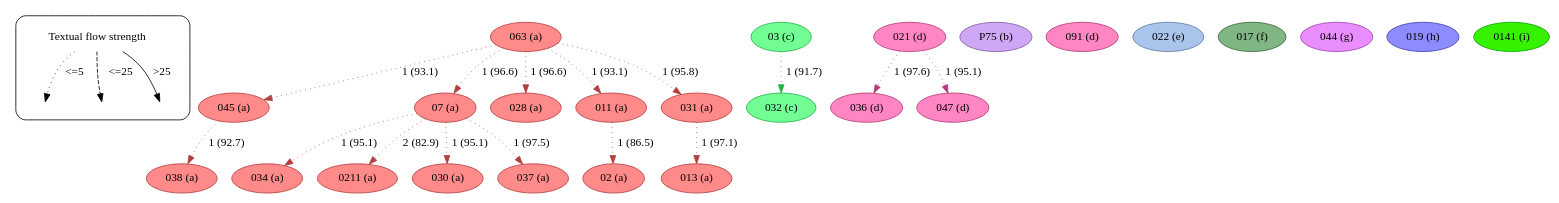
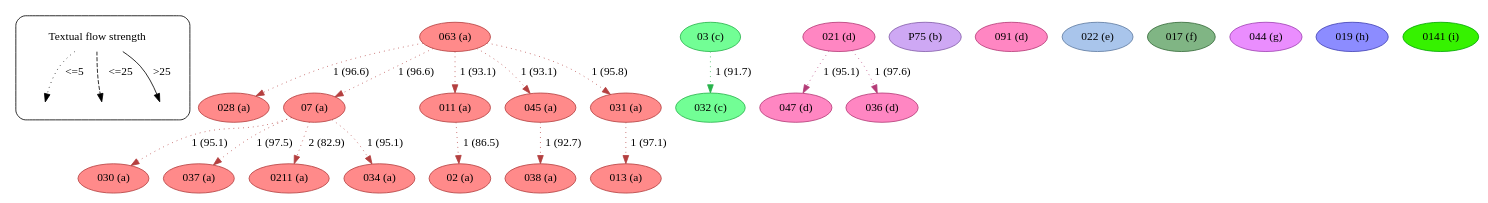
One commit to edmondac/CBGM changed the diagram in example/c2/textual_flow_23_4-10_c2.dot. Above: the diagram before and after it, drawn with Graphviz. The commit also changed other lines of this file and 164 other files, not shown here.

```diff
--- a/example/c2/textual_flow_23_4-10_c2.dot
+++ b/example/c2/textual_flow_23_4-10_c2.dot
@@ -1,171 +1,171 @@
 strict digraph  {
 	node [label="\N"];
 	subgraph cluster_legend {
 		graph [style=rounded];
 		leg_s		 [label="Textual flow strength",
 			shape=plaintext];
 		leg_e1		 [fixedsize=True,
 			height=0.2,
 			label="",
 			style=invis];
 		leg_s -> leg_e1		 [label="<=5  ",
 			style=dotted];
 		leg_e2		 [fixedsize=True,
 			height=0.2,
 			label="",
 			style=invis];
 		leg_s -> leg_e2		 [label="  <=25",
 			style=dashed];
 		leg_e3		 [fixedsize=True,
 			height=0.2,
 			label="",
 			style=invis];
 		leg_s -> leg_e3		 [label=">25",
 			style=solid];
 	}
 	063	 [color="#b43f3f",
 		fillcolor="#FF8A8A",
 		label="063 (a)",
 		style=filled];
-	045	 [color="#b43f3f",
+	028	 [color="#b43f3f",
 		fillcolor="#FF8A8A",
-		label="045 (a)",
+		label="028 (a)",
 		style=filled];
-	063 -> 045	 [color="#b43f3f",
-		label="1 (93.1)",
+	063 -> 028	 [color="#b43f3f",
+		label="1 (96.6)",
 		style=dotted];
 	07	 [color="#b43f3f",
 		fillcolor="#FF8A8A",
 		label="07 (a)",
 		style=filled];
 	063 -> 07	 [color="#b43f3f",
-		label="1 (96.6)",
-		style=dotted];
-	028	 [color="#b43f3f",
-		fillcolor="#FF8A8A",
-		label="028 (a)",
-		style=filled];
-	063 -> 028	 [color="#b43f3f",
 		label="1 (96.6)",
 		style=dotted];
 	011	 [color="#b43f3f",
 		fillcolor="#FF8A8A",
 		label="011 (a)",
 		style=filled];
 	063 -> 011	 [color="#b43f3f",
 		label="1 (93.1)",
 		style=dotted];
+	045	 [color="#b43f3f",
+		fillcolor="#FF8A8A",
+		label="045 (a)",
+		style=filled];
+	063 -> 045	 [color="#b43f3f",
+		label="1 (93.1)",
+		style=dotted];
 	031	 [color="#b43f3f",
 		fillcolor="#FF8A8A",
 		label="031 (a)",
 		style=filled];
 	063 -> 031	 [color="#b43f3f",
 		label="1 (95.8)",
-		style=dotted];
-	038	 [color="#b43f3f",
-		fillcolor="#FF8A8A",
-		label="038 (a)",
-		style=filled];
-	045 -> 038	 [color="#b43f3f",
-		label="1 (92.7)",
-		style=dotted];
-	034	 [color="#b43f3f",
-		fillcolor="#FF8A8A",
-		label="034 (a)",
-		style=filled];
-	07 -> 034	 [color="#b43f3f",
-		label="1 (95.1)",
-		style=dotted];
-	0211	 [color="#b43f3f",
-		fillcolor="#FF8A8A",
-		label="0211 (a)",
-		style=filled];
-	07 -> 0211	 [color="#b43f3f",
-		label="2 (82.9)",
 		style=dotted];
 	030	 [color="#b43f3f",
 		fillcolor="#FF8A8A",
 		label="030 (a)",
 		style=filled];
 	07 -> 030	 [color="#b43f3f",
 		label="1 (95.1)",
 		style=dotted];
 	037	 [color="#b43f3f",
 		fillcolor="#FF8A8A",
 		label="037 (a)",
 		style=filled];
 	07 -> 037	 [color="#b43f3f",
 		label="1 (97.5)",
 		style=dotted];
+	0211	 [color="#b43f3f",
+		fillcolor="#FF8A8A",
+		label="0211 (a)",
+		style=filled];
+	07 -> 0211	 [color="#b43f3f",
+		label="2 (82.9)",
+		style=dotted];
+	034	 [color="#b43f3f",
+		fillcolor="#FF8A8A",
+		label="034 (a)",
+		style=filled];
+	07 -> 034	 [color="#b43f3f",
+		label="1 (95.1)",
+		style=dotted];
 	02	 [color="#b43f3f",
 		fillcolor="#FF8A8A",
 		label="02 (a)",
 		style=filled];
 	011 -> 02	 [color="#b43f3f",
 		label="1 (86.5)",
+		style=dotted];
+	038	 [color="#b43f3f",
+		fillcolor="#FF8A8A",
+		label="038 (a)",
+		style=filled];
+	045 -> 038	 [color="#b43f3f",
+		label="1 (92.7)",
 		style=dotted];
 	013	 [color="#b43f3f",
 		fillcolor="#FF8A8A",
 		label="013 (a)",
 		style=filled];
 	031 -> 013	 [color="#b43f3f",
 		label="1 (97.1)",
 		style=dotted];
 	03	 [color="#27b34a",
 		fillcolor="#72FE95",
 		label="03 (c)",
 		style=filled];
 	032	 [color="#27b34a",
 		fillcolor="#72FE95",
 		label="032 (c)",
 		style=filled];
 	03 -> 032	 [color="#27b34a",
 		label="1 (91.7)",
 		style=dotted];
 	021	 [color="#b43b77",
 		fillcolor="#FF86C2",
 		label="021 (d)",
 		style=filled];
+	047	 [color="#b43b77",
+		fillcolor="#FF86C2",
+		label="047 (d)",
+		style=filled];
+	021 -> 047	 [color="#b43b77",
+		label="1 (95.1)",
+		style=dotted];
 	036	 [color="#b43b77",
 		fillcolor="#FF86C2",
 		label="036 (d)",
 		style=filled];
 	021 -> 036	 [color="#b43b77",
 		label="1 (97.6)",
-		style=dotted];
-	047	 [color="#b43b77",
-		fillcolor="#FF86C2",
-		label="047 (d)",
-		style=filled];
-	021 -> 047	 [color="#b43b77",
-		label="1 (95.1)",
 		style=dotted];
 	P75	 [color="#835da9",
 		fillcolor="#CEA8F4",
 		label="P75 (b)",
 		style=filled];
 	091	 [color="#b43b77",
 		fillcolor="#FF86C2",
 		label="091 (d)",
 		style=filled];
 	022	 [color="#5e7aa0",
 		fillcolor="#A9C5EB",
 		label="022 (e)",
 		style=filled];
 	017	 [color="#356a39",
 		fillcolor="#80B584",
 		label="017 (f)",
 		style=filled];
 	044	 [color="#9f42b3",
 		fillcolor="#EA8DFE",
 		label="044 (g)",
 		style=filled];
 	019	 [color="#4141b4",
 		fillcolor="#8C8CFF",
 		label="019 (h)",
 		style=filled];
 	0141	 [color="#00a700",
 		fillcolor="#36F200",
 		label="0141 (i)",
 		style=filled];
 }
```
